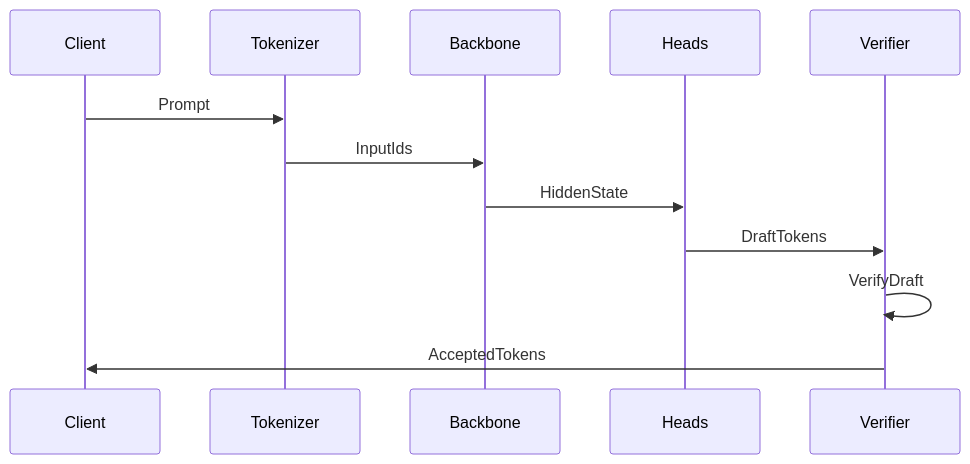
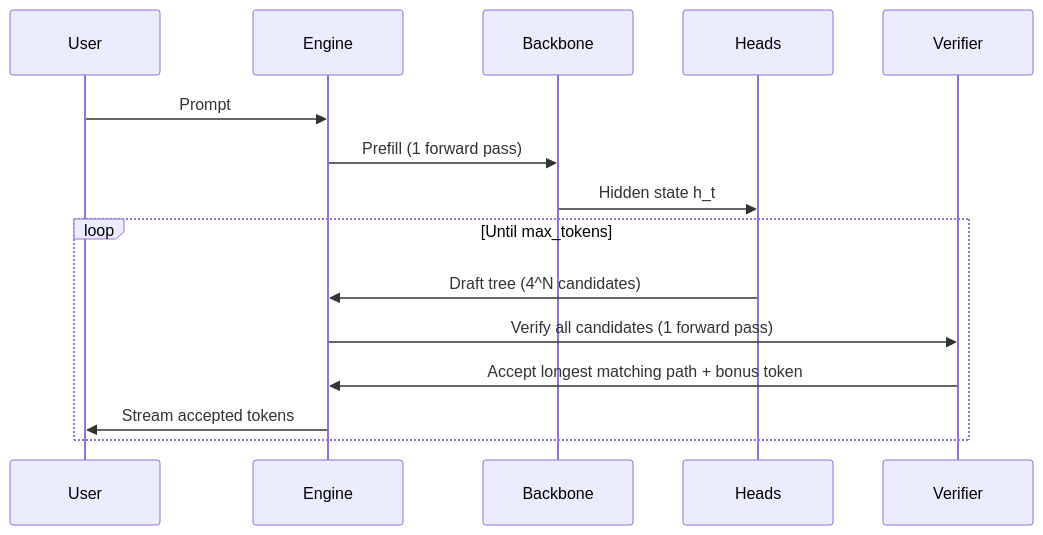
One commit to matteso1/ProjectGorgon changed the second of 2 diagrams in README.md. Above: the diagram before and after it, drawn with Mermaid. The commit also changed other lines of this file and 28 other files, not shown here.

````diff
--- a/README.md
+++ b/README.md
@@ -37,15 +49,19 @@
 ```mermaid
 sequenceDiagram
-    participant Client
-    participant Tokenizer
+    participant User
+    participant Engine
     participant Backbone
     participant Heads
     participant Verifier
 
-    Client->>Tokenizer: Prompt
-    Tokenizer->>Backbone: InputIds
-    Backbone->>Heads: HiddenState
-    Heads->>Verifier: DraftTokens
-    Verifier->>Verifier: VerifyDraft
-    Verifier->>Client: AcceptedTokens
+    User->>Engine: Prompt
+    Engine->>Backbone: Prefill (1 forward pass)
+    Backbone->>Heads: Hidden state h_t
+
+    loop Until max_tokens
+        Heads->>Engine: Draft tree (4^N candidates)
+        Engine->>Verifier: Verify all candidates (1 forward pass)
+        Verifier->>Engine: Accept longest matching path + bonus token
+        Engine->>User: Stream accepted tokens
+    end
 ```
````
